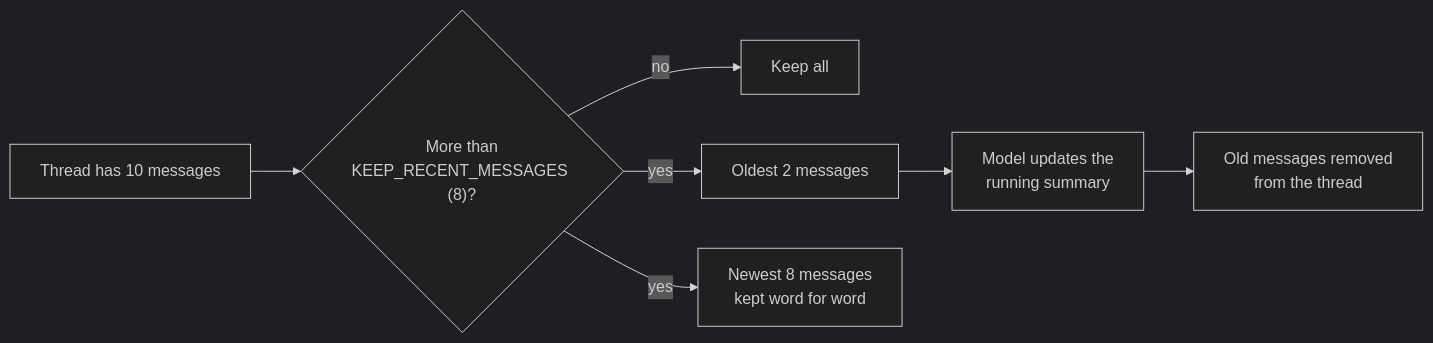
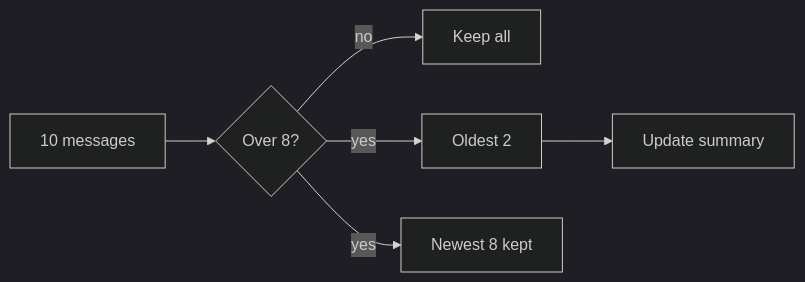
Before and after one commit to manjuv03/Personalized-AI-Assistant-with-Contextual-Recall: the fourth of 6 diagrams in PROJECT_REPORT.md, drawn with Mermaid (dark theme). The commit also changed other lines of this file and 1 other file, not shown here.

Commit message:
Make diagrams more compact

````diff
--- a/PROJECT_REPORT.md
+++ b/PROJECT_REPORT.md
@@ -237,9 +189,7 @@
 ```mermaid
 flowchart LR
-    A["Thread has 10 messages"] --> B{"More than<br/>KEEP_RECENT_MESSAGES (8)?"}
-    B -- no --> C["Keep all"]
-    B -- yes --> D["Oldest 2 messages"]
-    B -- yes --> E["Newest 8 messages<br/>kept word for word"]
-    D --> F["Model updates the<br/>running summary"]
-    F --> G["Old messages removed<br/>from the thread"]
+    A[10 messages] --> B{"Over 8?"}
+    B -- no --> F[Keep all]
+    B -- yes --> C[Oldest 2] --> D[Update summary]
+    B -- yes --> E[Newest 8 kept]
 ```
````
